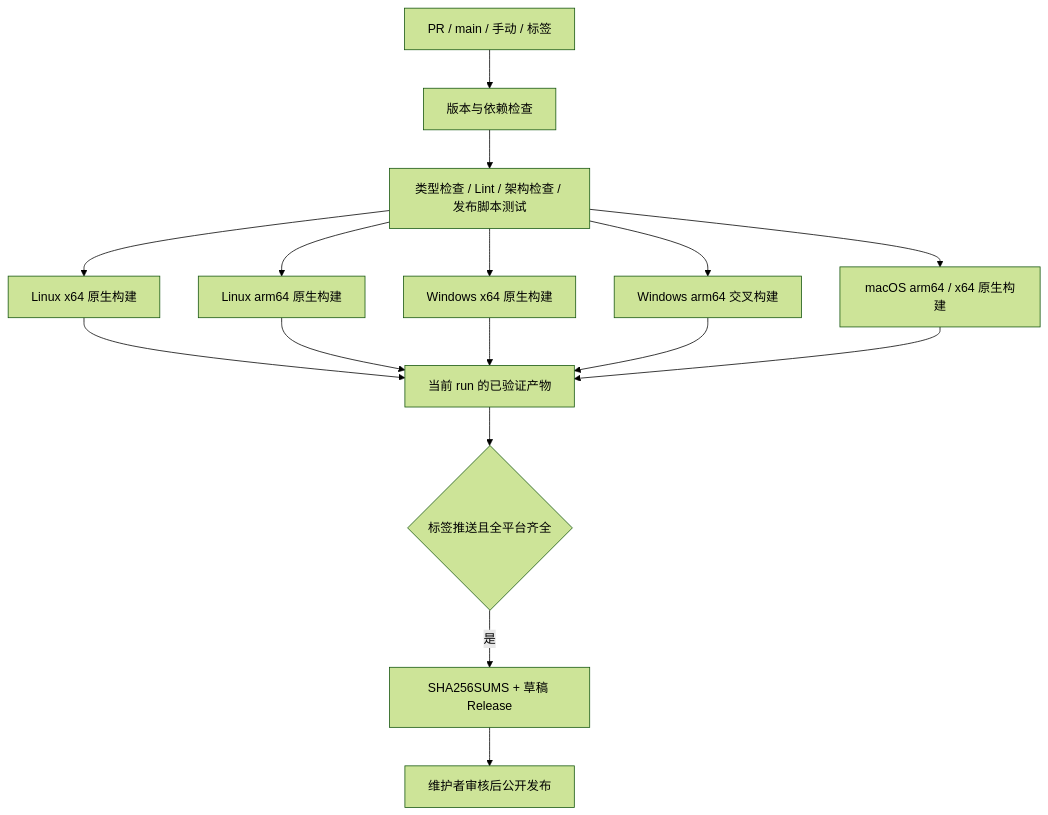
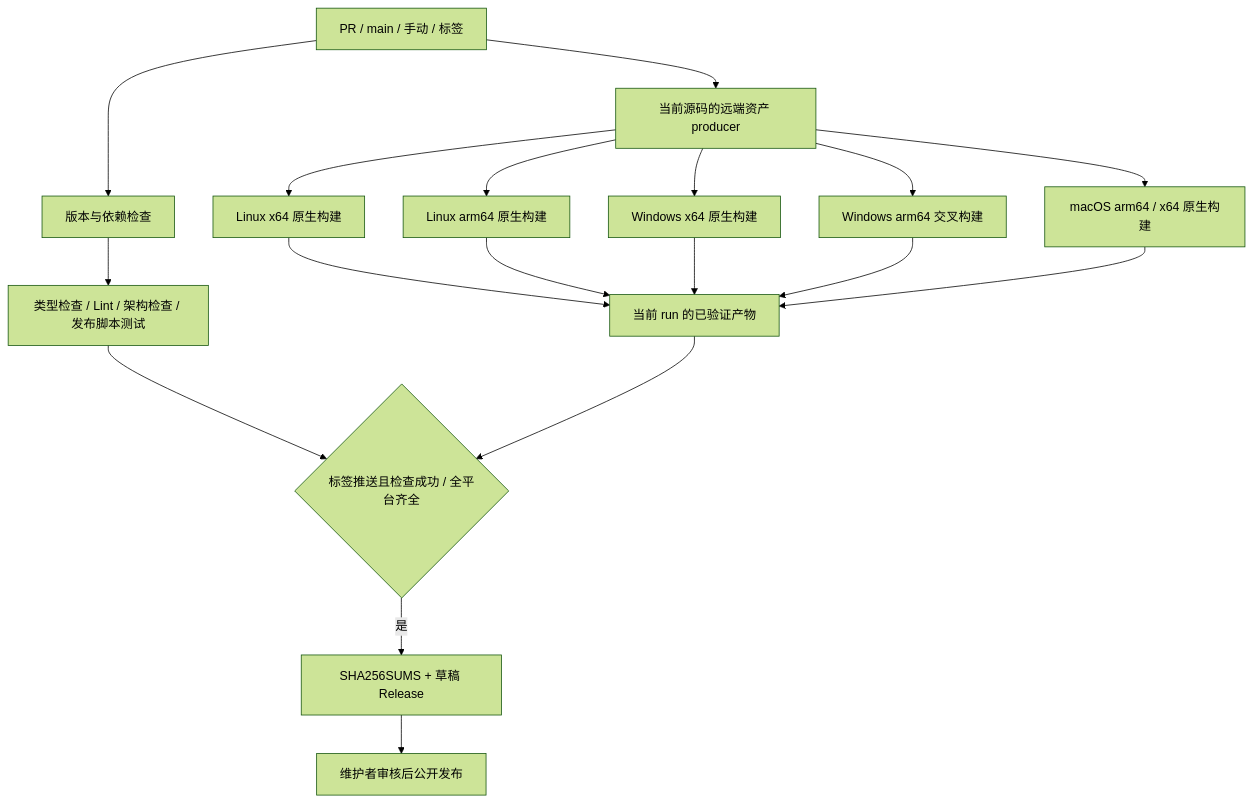
One commit to No-ni/ZCodium changed the first of 2 diagrams in .agents/specs/desktop-ci-release.md. Above: the diagram before and after it, drawn with Mermaid (forest theme). The commit also changed other lines of this file and 8 other files, not shown here.

````diff
--- a/.agents/specs/desktop-ci-release.md
+++ b/.agents/specs/desktop-ci-release.md
@@ -34,18 +34,20 @@
 ```mermaid
 flowchart TD
   A[PR / main / 手动 / 标签] --> B[版本与依赖检查]
   B --> C[类型检查 / Lint / 架构检查 / 发布脚本测试]
-  C --> D[Linux x64 原生构建]
-  C --> E[Linux arm64 原生构建]
-  C --> F[Windows x64 原生构建]
-  C --> G[Windows arm64 交叉构建]
-  C --> H[macOS arm64 / x64 原生构建]
+  A --> R[当前源码的远端资产 producer]
+  R --> D[Linux x64 原生构建]
+  R --> E[Linux arm64 原生构建]
+  R --> F[Windows x64 原生构建]
+  R --> G[Windows arm64 交叉构建]
+  R --> H[macOS arm64 / x64 原生构建]
+  C --> J
   D --> I[当前 run 的已验证产物]
   E --> I
   F --> I
   G --> I
   H --> I
-  I --> J{标签推送且全平台齐全}
+  I --> J{标签推送且检查成功 / 全平台齐全}
   J -->|是| K[SHA256SUMS + 草稿 Release]
   K --> L[维护者审核后公开发布]
 ```
````
